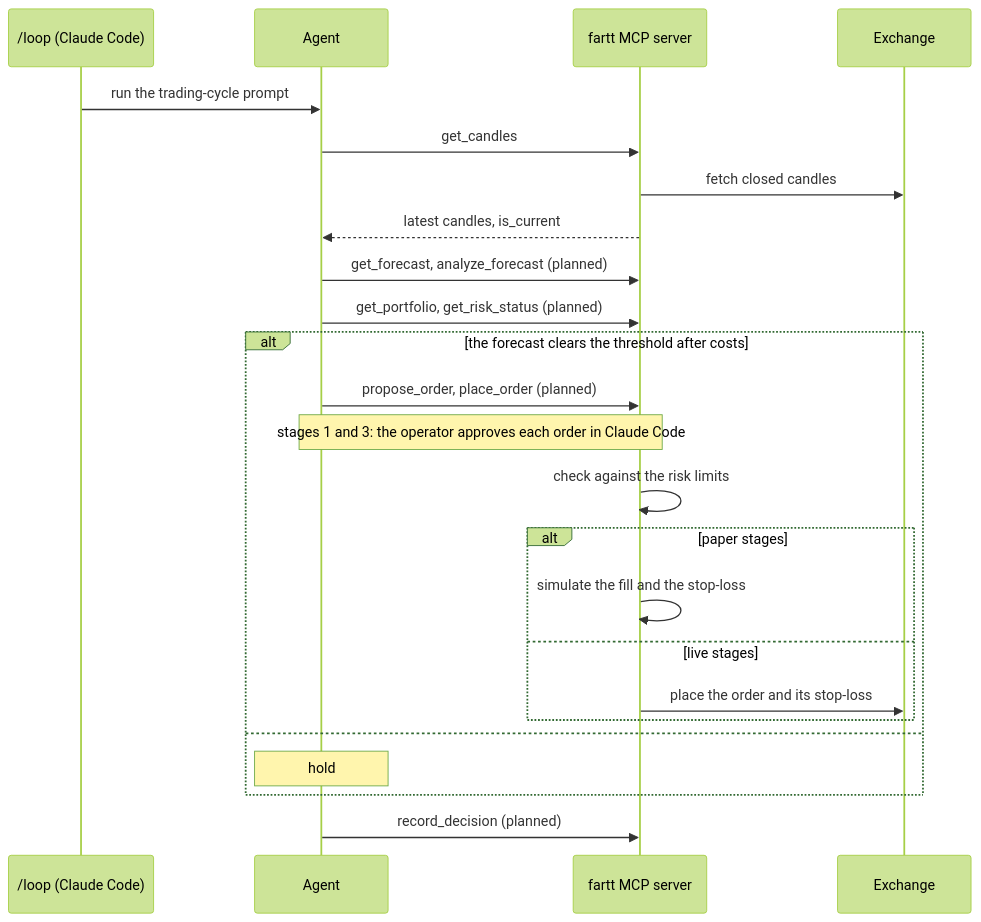
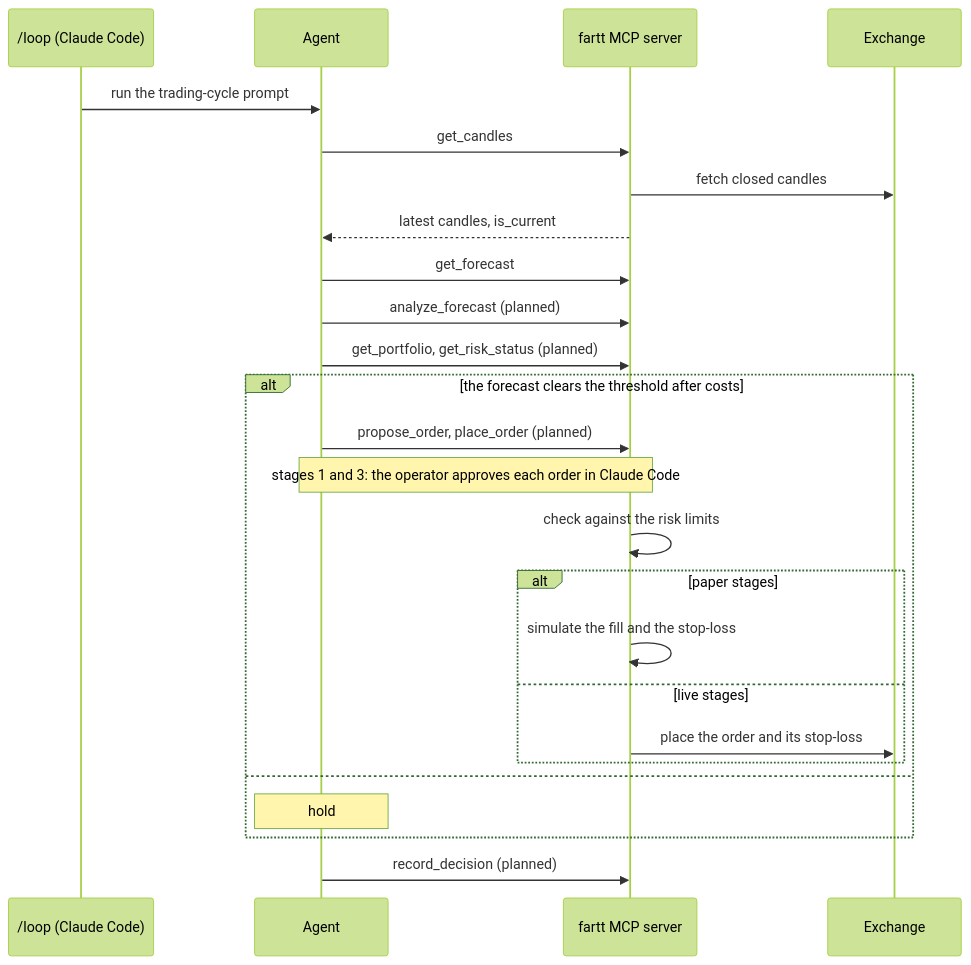
The diagram in README.md (vanesterik/fart), drawn with Mermaid (forest theme) before and after one commit. The commit also changed other lines of this file and 7 other files, not shown here.

First line of the commit message:
feat: add the get_forecast tool

````diff
--- a/README.md
+++ b/README.md
@@ -66,27 +66,28 @@
 ```mermaid
 sequenceDiagram
     participant Cycle as /loop (Claude Code)
     participant Agent
     participant Server as fartt MCP server
     participant Exchange
 
     Cycle->>Agent: run the trading-cycle prompt
     Agent->>Server: get_candles
     Server->>Exchange: fetch closed candles
     Server-->>Agent: latest candles, is_current
-    Agent->>Server: get_forecast, analyze_forecast (planned)
+    Agent->>Server: get_forecast
+    Agent->>Server: analyze_forecast (planned)
     Agent->>Server: get_portfolio, get_risk_status (planned)
     alt the forecast clears the threshold after costs
         Agent->>Server: propose_order, place_order (planned)
         Note over Agent,Server: stages 1 and 3: the operator approves each order in Claude Code
         Server->>Server: check against the risk limits
         alt paper stages
             Server->>Server: simulate the fill and the stop-loss
         else live stages
             Server->>Exchange: place the order and its stop-loss
         end
     else
         Note over Agent: hold
     end
     Agent->>Server: record_decision (planned)
 ```
````
